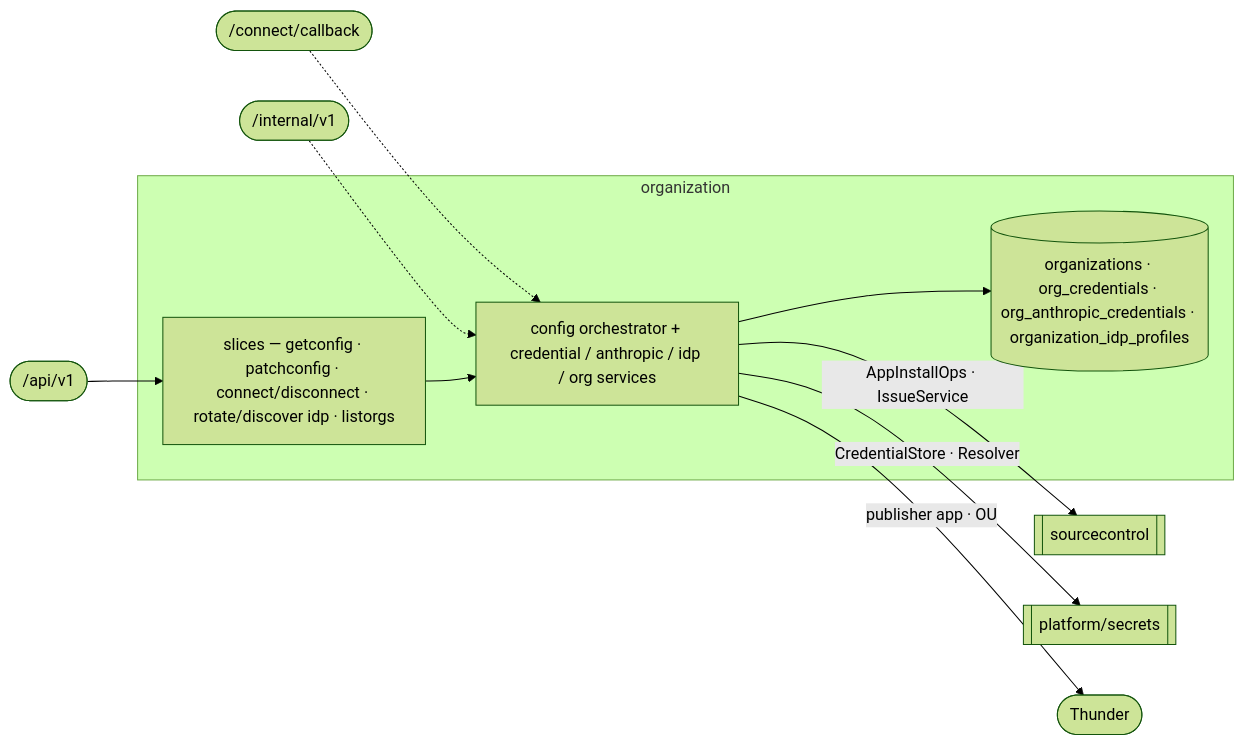
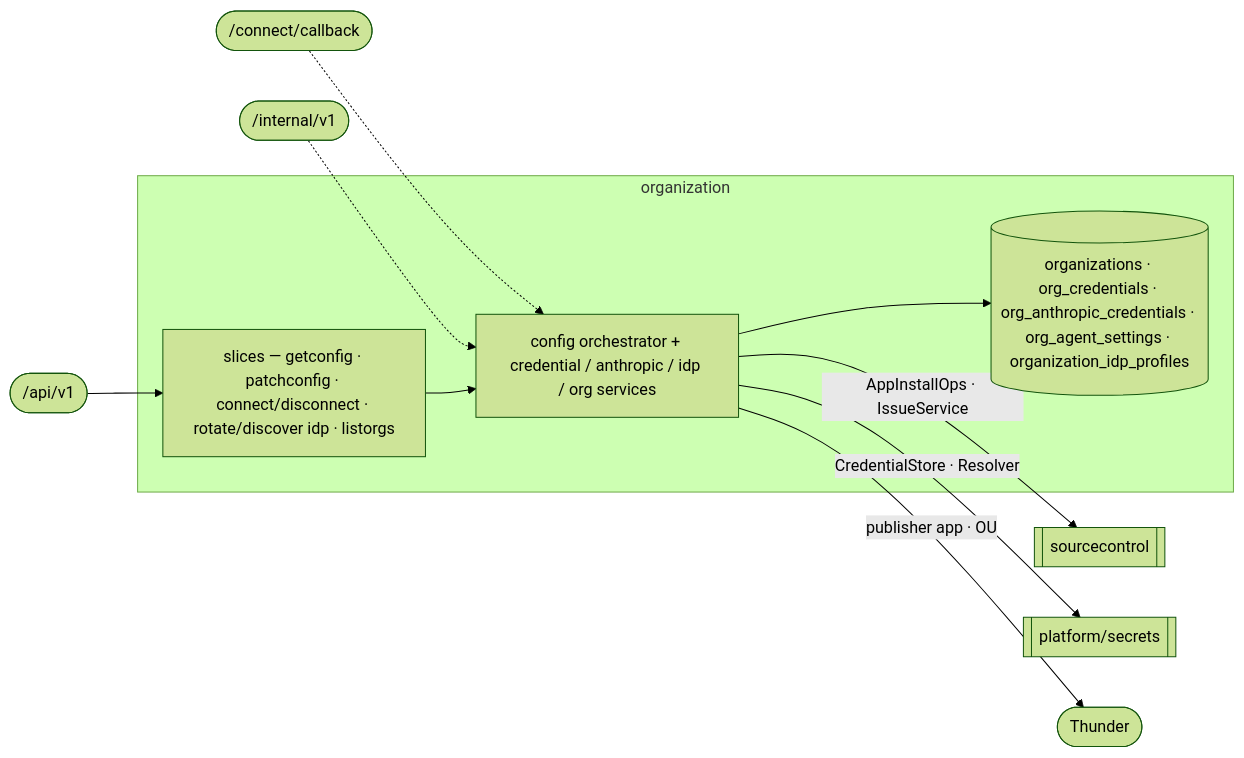
Before and after one commit to KCSAbeywickrama/labs-agentic-engineer: the diagram in services/aep-api/internal/organization/README.md, drawn with Mermaid (forest theme). The commit also changed other lines of this file and 231 other files, not shown here.

````diff
--- a/services/aep-api/internal/organization/README.md
+++ b/services/aep-api/internal/organization/README.md
@@ -9,15 +10,15 @@
 ```mermaid
 flowchart LR
   API(["/api/v1"]) --> SL
   CB(["/connect/callback"]) -.-> CORE
   S2S(["/internal/v1"]) -.-> CORE
   subgraph organization
     SL["slices — getconfig · patchconfig · connect/disconnect · rotate/discover idp · listorgs"]
     CORE["config orchestrator + credential / anthropic / idp / org services"]
     SL --> CORE
-    CORE --> DB[("organizations · org_credentials · org_anthropic_credentials · organization_idp_profiles")]
+    CORE --> DB[("organizations · org_credentials · org_anthropic_credentials · org_agent_settings · organization_idp_profiles")]
   end
   CORE -->|AppInstallOps · IssueService| SC[[sourcecontrol]]
   CORE -->|CredentialStore · Resolver| SEC[[platform/secrets]]
   CORE -->|publisher app · OU| THUNDER(["Thunder"])
 ```
````
